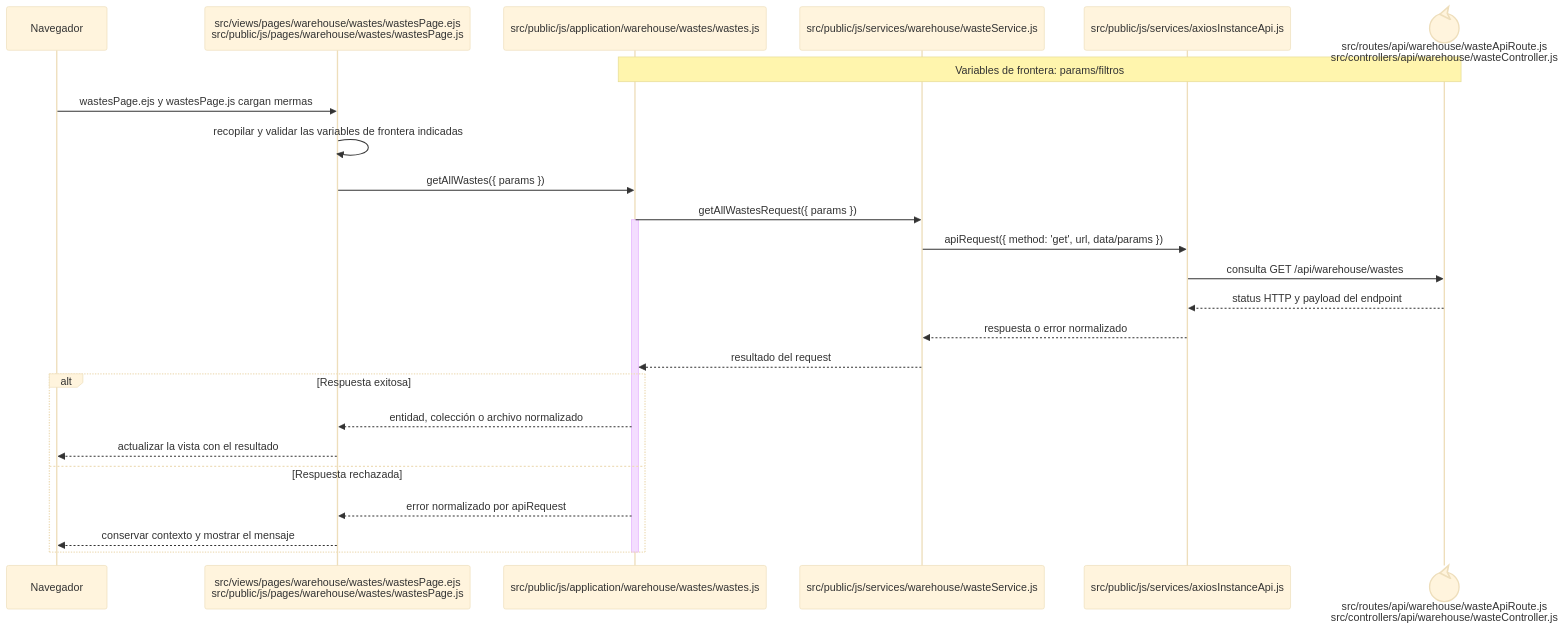
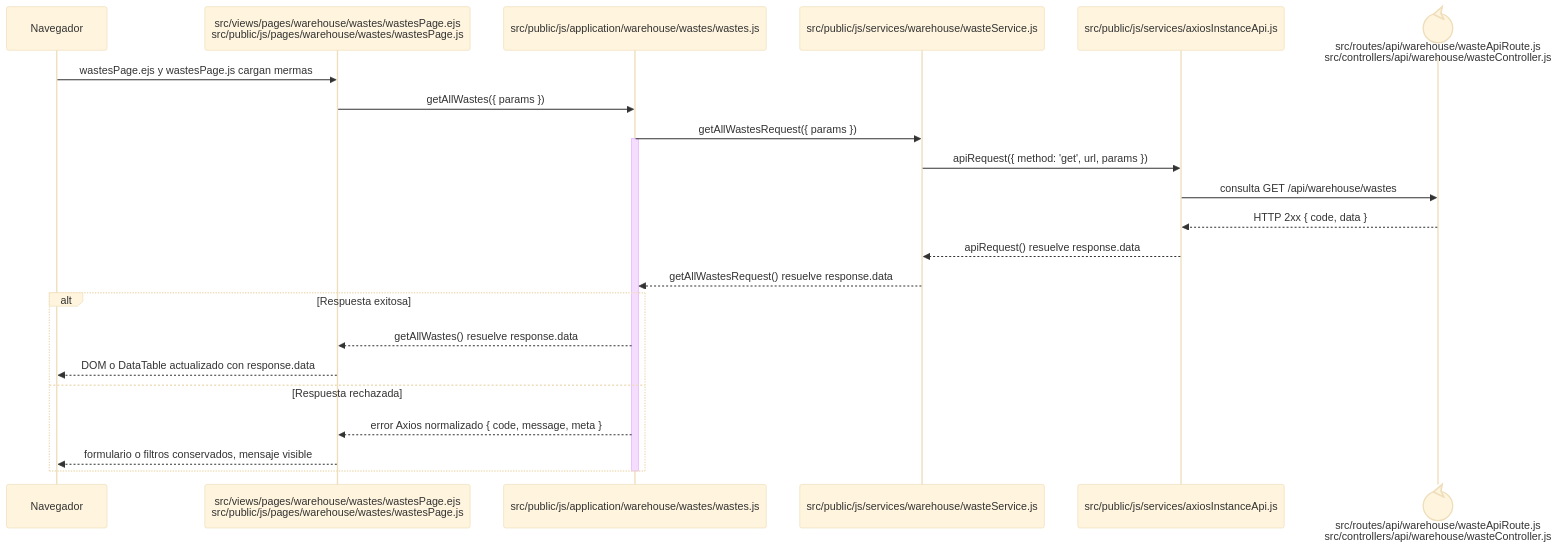
The diagram in docs/architecture/frontend-code-sequences/catalogs/cu-alm-09.md (gpgsistemas01/nexus), drawn with Mermaid (base theme) before and after one commit. The commit also changed 148 other files, not shown here.

````diff
--- a/docs/architecture/frontend-code-sequences/catalogs/cu-alm-09.md
+++ b/docs/architecture/frontend-code-sequences/catalogs/cu-alm-09.md
@@ -6,29 +6,27 @@
 ```mermaid
 sequenceDiagram
     participant Browser as Navegador
     participant View as src/views/pages/warehouse/wastes/wastesPage.ejs<br/>src/public/js/pages/warehouse/wastes/wastesPage.js
     participant Application as src/public/js/application/warehouse/wastes/wastes.js
     participant Request as src/public/js/services/warehouse/wasteService.js
     participant HTTP as src/public/js/services/axiosInstanceApi.js
     participant Transport@{ "type": "control" } as src/routes/api/warehouse/wasteApiRoute.js<br/>src/controllers/api/warehouse/wasteController.js
-    Note over Application,Transport: Variables de frontera: params/filtros
 
     Browser->>View: wastesPage.ejs y wastesPage.js cargan mermas
-    View->>View: recopilar y validar las variables de frontera indicadas
     View->>Application: getAllWastes({ params })
     Application->>Request: getAllWastesRequest({ params })
     activate Application
-    Request->>HTTP: apiRequest({ method: 'get', url, data/params })
+    Request->>HTTP: apiRequest({ method: 'get', url, params })
     HTTP->>Transport: consulta GET /api/warehouse/wastes
-    Transport-->>HTTP: status HTTP y payload del endpoint
-    HTTP-->>Request: respuesta o error normalizado
-    Request-->>Application: resultado del request
+    Transport-->>HTTP: HTTP 2xx { code, data }
+    HTTP-->>Request: apiRequest() resuelve response.data
+    Request-->>Application: getAllWastesRequest() resuelve response.data
     alt Respuesta exitosa
-        Application-->>View: entidad, colección o archivo normalizado
-        View-->>Browser: actualizar la vista con el resultado
+        Application-->>View: getAllWastes() resuelve response.data
+        View-->>Browser: DOM o DataTable actualizado con response.data
     else Respuesta rechazada
-        Application-->>View: error normalizado por apiRequest
-        View-->>Browser: conservar contexto y mostrar el mensaje
+        Application-->>View: error Axios normalizado { code, message, meta }
+        View-->>Browser: formulario o filtros conservados, mensaje visible
     end
     deactivate Application
 ```
````
